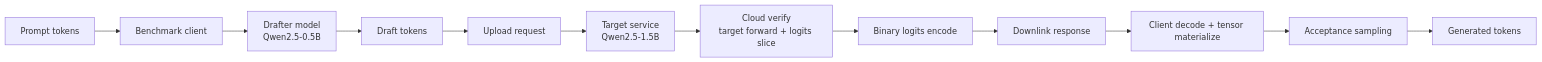
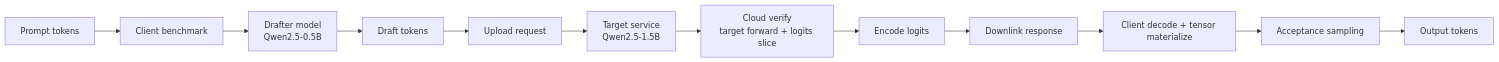
One commit to 971027212/Spec_Decoding changed the diagram in reports/binary_logits_three_way_timing_report.md. Above: the diagram before and after it, drawn with Mermaid. The commit also changed other lines of this file and 5 other files, not shown here.

Commit message:
Add iteration timing charts to report

````diff
--- a/reports/binary_logits_three_way_timing_report.md
+++ b/reports/binary_logits_three_way_timing_report.md
@@ -32,14 +108,14 @@
 ```mermaid
 flowchart LR
-    P["Prompt tokens"] --> C["Benchmark client"]
+    P["Prompt tokens"] --> C["Client benchmark"]
     C --> D["Drafter model<br/>Qwen2.5-0.5B"]
-    D --> DT["Draft tokens"]
-    DT --> U["Upload request"]
+    D --> Draft["Draft tokens"]
+    Draft --> U["Upload request"]
     U --> T["Target service<br/>Qwen2.5-1.5B"]
     T --> V["Cloud verify<br/>target forward + logits slice"]
-    V --> B["Binary logits encode"]
-    B --> R["Downlink response"]
-    R --> A["Client decode + tensor materialize"]
-    A --> S["Acceptance sampling"]
-    S --> O["Generated tokens"]
+    V --> E["Encode logits"]
+    E --> Down["Downlink response"]
+    Down --> M["Client decode + tensor materialize"]
+    M --> A["Acceptance sampling"]
+    A --> O["Output tokens"]
 ```
````
